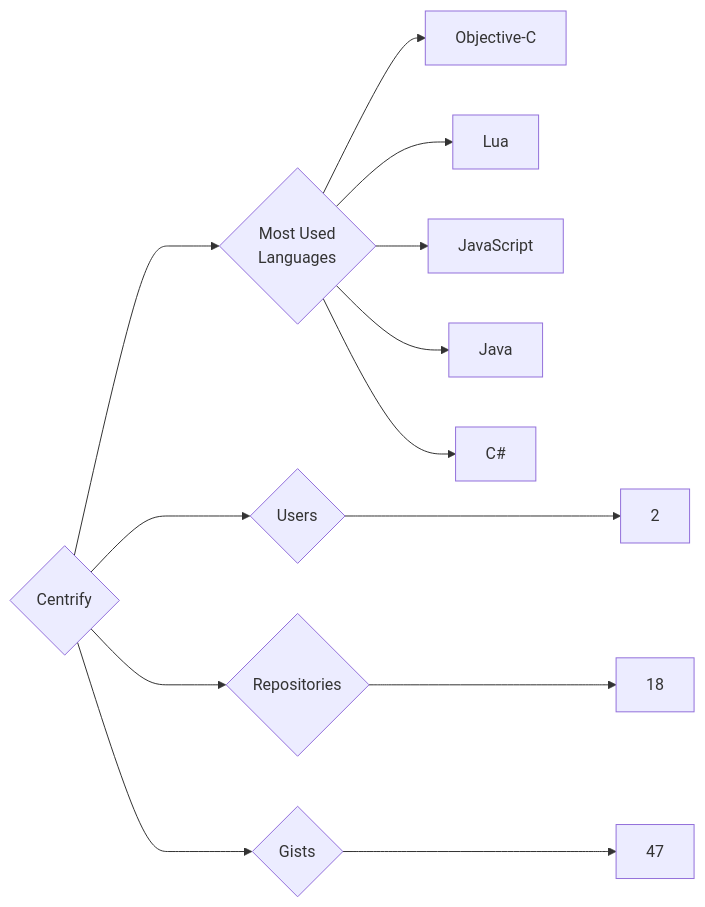
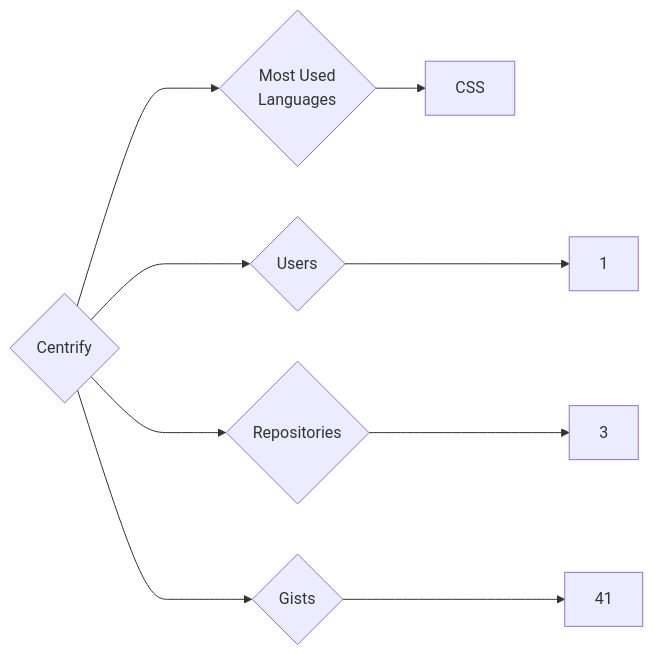
One commit to trickest/insiders changed the diagram in targets/Centrify/README.md. Above: the diagram before and after it, drawn with Mermaid. The commit also changed 640 other files, not shown here.

````diff
--- a/targets/Centrify/README.md
+++ b/targets/Centrify/README.md
@@ -3,13 +3,9 @@
 ```mermaid
 graph LR
 COMPANY_NAME{Centrify}
-COMPANY_NAME ---> U{Users} ---> UN[2]
-COMPANY_NAME ---> R{Repositories} ---> RN[18]
-COMPANY_NAME ---> G{Gists} ---> GN[47]
+COMPANY_NAME ---> U{Users} ---> UN[1]
+COMPANY_NAME ---> R{Repositories} ---> RN[3]
+COMPANY_NAME ---> G{Gists} ---> GN[41]
 COMPANY_NAME ---> ML{Most Used<br>Languages}
-ML --> Objective-C[Objective-C]
-ML --> Lua[Lua]
-ML --> JavaScript[JavaScript]
-ML --> Java[Java]
-ML --> C#[C#]
+ML --> CSS[CSS]
 ```
````
